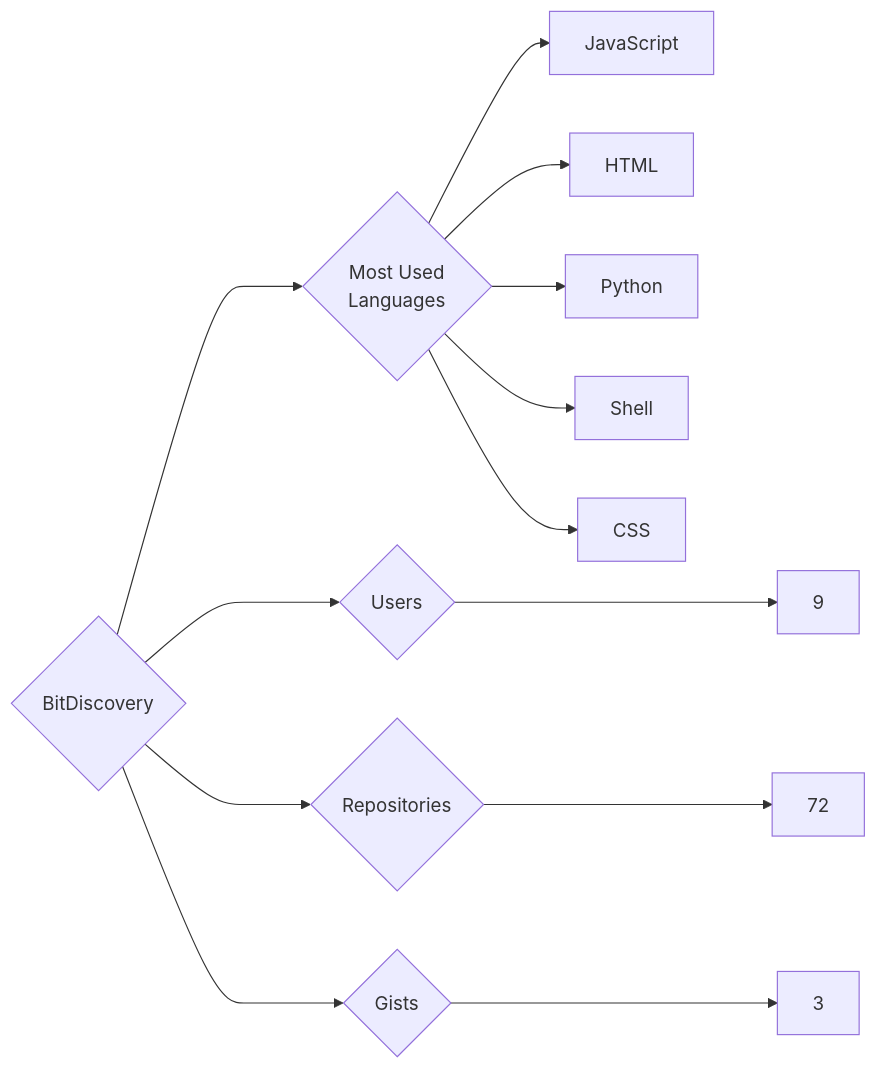
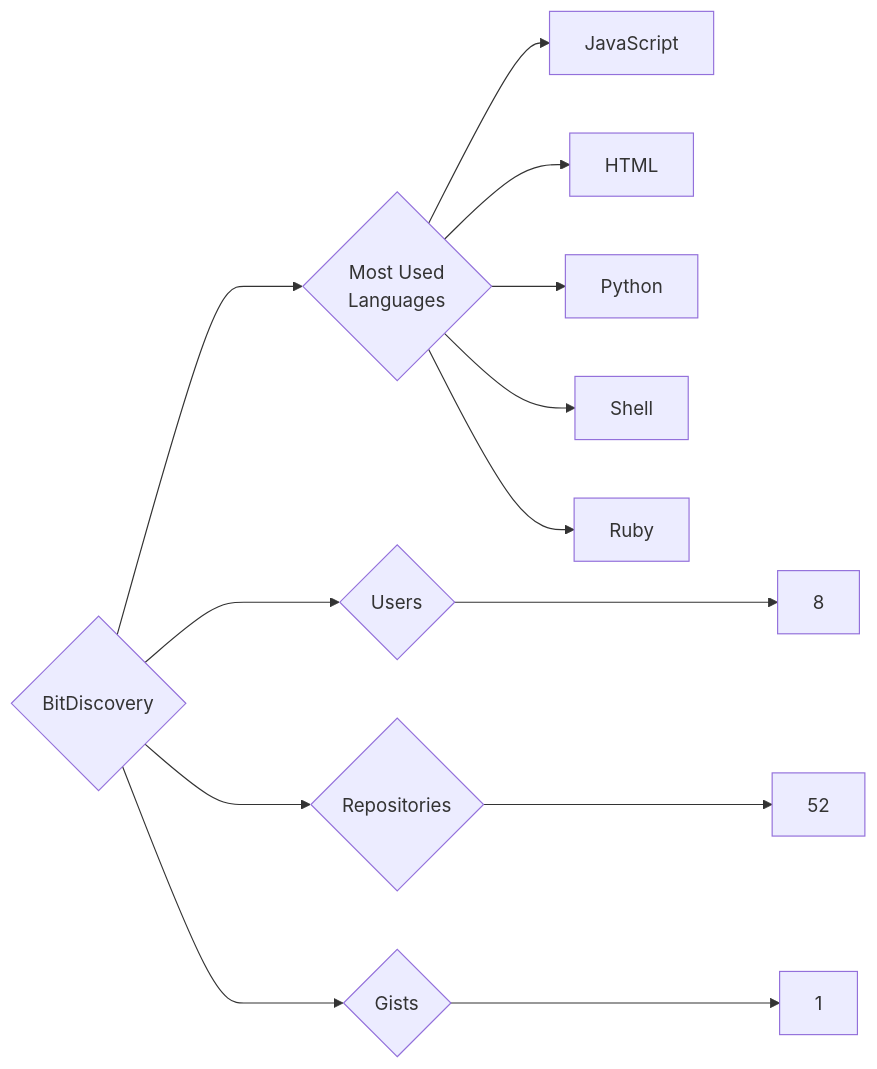
The diagram in targets/BitDiscovery/README.md (trickest/insiders), drawn with Mermaid before and after one commit. The commit also changed 611 other files, not shown here.

````diff
--- a/targets/BitDiscovery/README.md
+++ b/targets/BitDiscovery/README.md
@@ -3,13 +3,13 @@
 ```mermaid
 graph LR
 COMPANY_NAME{BitDiscovery}
-COMPANY_NAME ---> U{Users} ---> UN[9]
-COMPANY_NAME ---> R{Repositories} ---> RN[72]
-COMPANY_NAME ---> G{Gists} ---> GN[3]
+COMPANY_NAME ---> U{Users} ---> UN[8]
+COMPANY_NAME ---> R{Repositories} ---> RN[52]
+COMPANY_NAME ---> G{Gists} ---> GN[1]
 COMPANY_NAME ---> ML{Most Used<br>Languages}
 ML --> JavaScript[JavaScript]
 ML --> HTML[HTML]
 ML --> Python[Python]
 ML --> Shell[Shell]
-ML --> CSS[CSS]
+ML --> Ruby[Ruby]
 ```
````
